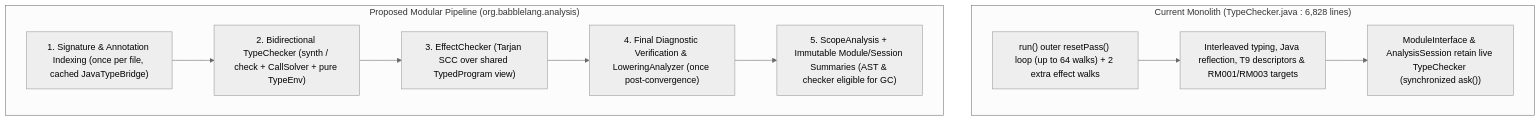
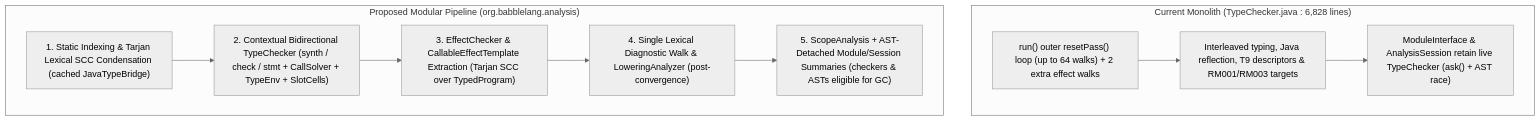
One commit to nlehuen/babble changed the diagram in docs/design/bip010_type-checker-simplification.md. Above: the diagram before and after it, drawn with Mermaid (neutral theme). The commit also changed other lines of this file and 1 other file, not shown here.

````diff
--- a/docs/design/bip010_type-checker-simplification.md
+++ b/docs/design/bip010_type-checker-simplification.md
@@ -182,18 +178,18 @@
 ```mermaid
 flowchart TD
     subgraph Current["Current Monolith (TypeChecker.java : 6,828 lines)"]
         C1["run() outer resetPass() loop (up to 64 walks) + 2 extra effect walks"]
         C2["Interleaved typing, Java reflection, T9 descriptors & RM001/RM003 targets"]
-        C3["ModuleInterface & AnalysisSession retain live TypeChecker (synchronized ask())"]
+        C3["ModuleInterface & AnalysisSession retain live TypeChecker (ask() + AST race)"]
         C1 --> C2 --> C3
     end
 
     subgraph Proposed["Proposed Modular Pipeline (org.babblelang.analysis)"]
-        P0["1. Signature & Annotation Indexing (once per file, cached JavaTypeBridge)"]
-        P1["2. Bidirectional TypeChecker (synth / check + CallSolver + pure TypeEnv)"]
-        P2["3. EffectChecker (Tarjan SCC over shared TypedProgram view)"]
-        P3["4. Final Diagnostic Verification & LoweringAnalyzer (once post-convergence)"]
-        P4["5. ScopeAnalysis + Immutable Module/Session Summaries (AST & checker eligible for GC)"]
+        P0["1. Static Indexing & Tarjan Lexical SCC Condensation (cached JavaTypeBridge)"]
+        P1["2. Contextual Bidirectional TypeChecker (synth / check / stmt + CallSolver + TypeEnv + SlotCells)"]
+        P2["3. EffectChecker & CallableEffectTemplate Extraction (Tarjan SCC over TypedProgram)"]
+        P3["4. Single Lexical Diagnostic Walk & LoweringAnalyzer (post-convergence)"]
+        P4["5. ScopeAnalysis + AST-Detached Module/Session Summaries (checkers & ASTs eligible for GC)"]
         P0 --> P1 --> P2 --> P3 --> P4
     end
 ```
````
